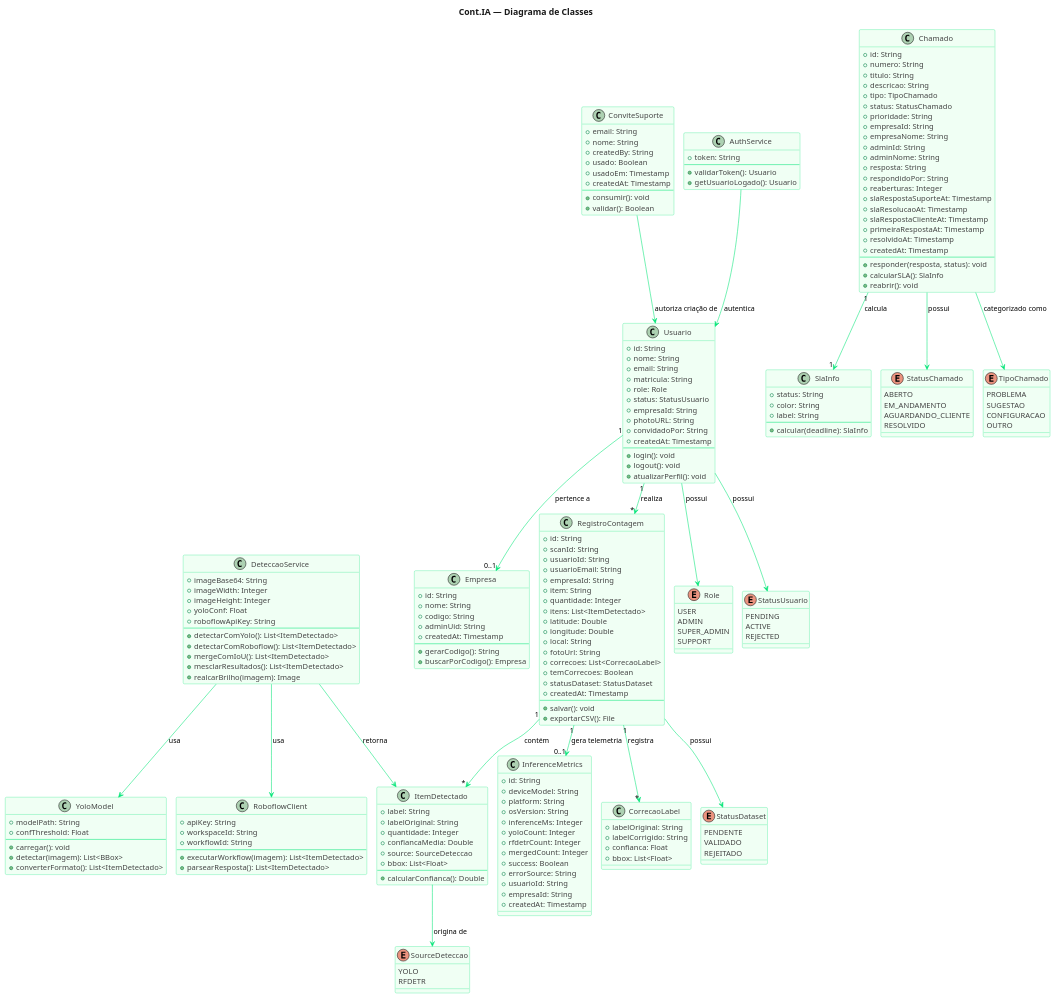
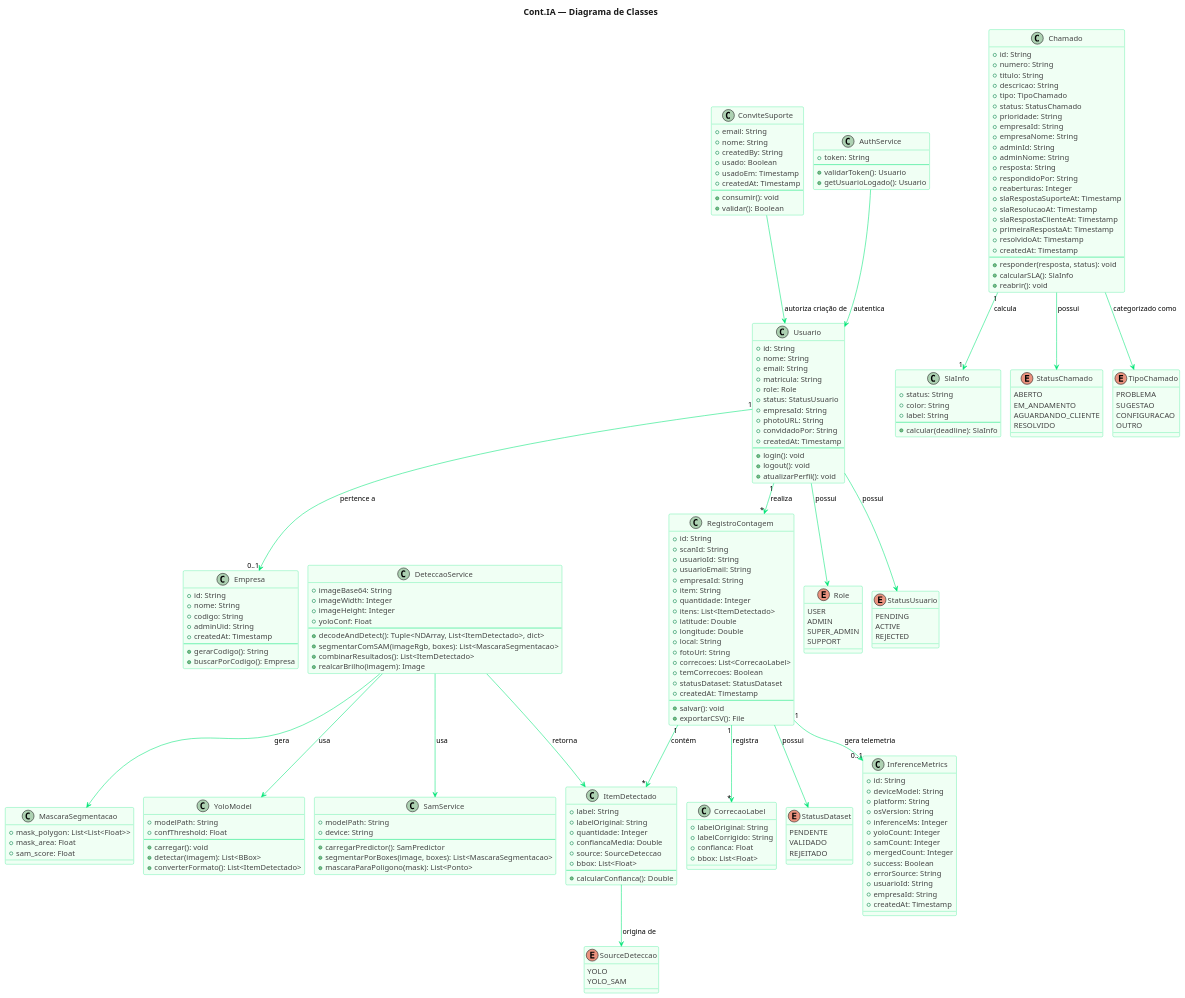
One commit to JuBertoldo/cont-ia changed the diagram in docs/diagramas/03_classes.puml. Above: the diagram before and after it, drawn with PlantUML. The commit also changed 8 other files, not shown here.

First line of the commit message:
docs(diagramas): atualizar 9 diagramas PlantUML para pipeline YOLO11 + MobileSAM

```diff
--- a/docs/diagramas/03_classes.puml
+++ b/docs/diagramas/03_classes.puml
@@ -86,12 +86,10 @@
     +imageWidth: Integer
     +imageHeight: Integer
     +yoloConf: Float
-    +roboflowApiKey: String
     --
-    +detectarComYolo(): List<ItemDetectado>
-    +detectarComRoboflow(): List<ItemDetectado>
-    +mergeComIoU(): List<ItemDetectado>
-    +mesclarResultados(): List<ItemDetectado>
+    +decodeAndDetect(): Tuple<NDArray, List<ItemDetectado>, dict>
+    +segmentarComSAM(imageRgb, boxes): List<MascaraSegmentacao>
+    +combinarResultados(): List<ItemDetectado>
     +realcarBrilho(imagem): Image
 }
 
@@ -104,13 +102,19 @@
     +converterFormato(): List<ItemDetectado>
 }
 
-class RoboflowClient {
-    +apiKey: String
-    +workspaceId: String
-    +workflowId: String
+class SamService {
+    +modelPath: String
+    +device: String
     --
-    +executarWorkflow(imagem): List<ItemDetectado>
-    +parsearResposta(): List<ItemDetectado>
+    +carregarPredictor(): SamPredictor
+    +segmentarPorBoxes(image, boxes): List<MascaraSegmentacao>
+    +mascaraParaPoligono(mask): List<Ponto>
+}
+
+class MascaraSegmentacao {
+    +mask_polygon: List<List<Float>>
+    +mask_area: Float
+    +sam_score: Float
 }
 
 class Chamado {
@@ -196,7 +200,7 @@
 
 enum SourceDeteccao {
     YOLO
-    RFDETR
+    YOLO_SAM
 }
 
 enum StatusDataset {
@@ -212,7 +216,7 @@
     +osVersion: String
     +inferenceMs: Integer
     +yoloCount: Integer
-    +rfdetrCount: Integer
+    +samCount: Integer
     +mergedCount: Integer
     +success: Boolean
     +errorSource: String
@@ -227,8 +231,9 @@
 RegistroContagem "1" --> "*" ItemDetectado : contém
 RegistroContagem "1" --> "*" CorrecaoLabel : registra
 DeteccaoService --> YoloModel : usa
-DeteccaoService --> RoboflowClient : usa
+DeteccaoService --> SamService : usa
 DeteccaoService --> ItemDetectado : retorna
+DeteccaoService --> MascaraSegmentacao : gera
 Usuario --> Role : possui
 Usuario --> StatusUsuario : possui
 ItemDetectado --> SourceDeteccao : origina de
```
